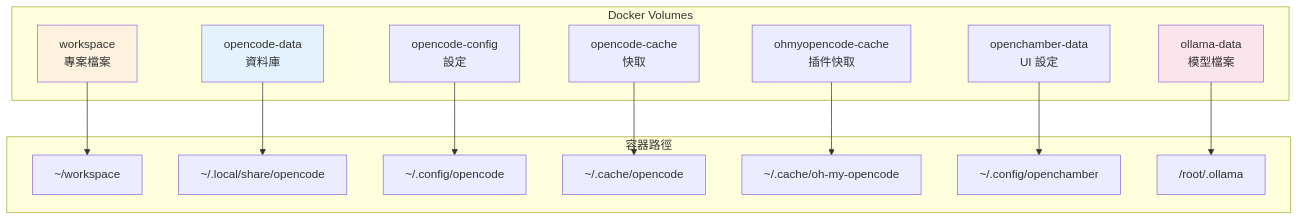
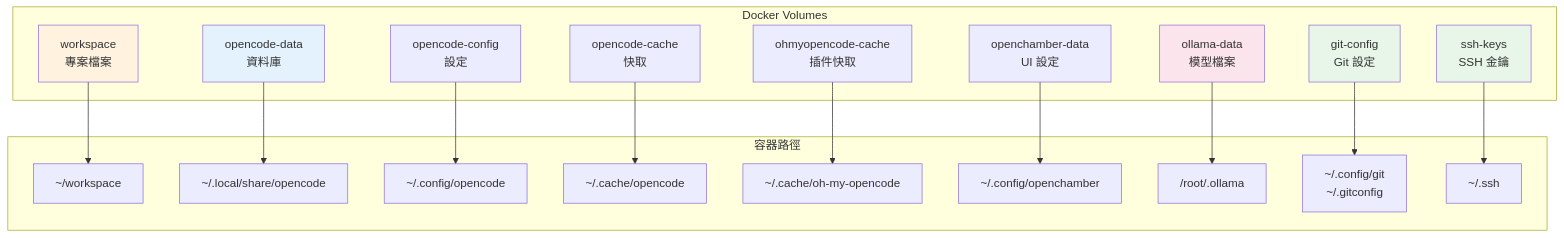
The ninth of 12 diagrams in docs/ARCHITECTURE.md (tryweb/ai-engkit), drawn with Mermaid before and after one commit. The commit also changed other lines of this file and 1 other file, not shown here.

First line of the commit message:
docs: update architecture and troubleshooting docs for v0.5.0

````diff
--- a/docs/ARCHITECTURE.md
+++ b/docs/ARCHITECTURE.md
@@ -278,34 +279,42 @@
 ```mermaid
 graph TB
     subgraph "Docker Volumes"
         VOL_WS["workspace<br/>專案檔案"]
         VOL_DATA["opencode-data<br/>資料庫"]
         VOL_CONFIG["opencode-config<br/>設定"]
         VOL_CACHE["opencode-cache<br/>快取"]
         VOL_OHMY["ohmyopencode-cache<br/>插件快取"]
         VOL_CHAMBER["openchamber-data<br/>UI 設定"]
         VOL_OLLAMA["ollama-data<br/>模型檔案"]
+        VOL_GIT["git-config<br/>Git 設定"]
+        VOL_SSH["ssh-keys<br/>SSH 金鑰"]
     end
 
     subgraph "容器路徑"
         C_WS["~/workspace"]
         C_DATA["~/.local/share/opencode"]
         C_CONFIG["~/.config/opencode"]
         C_CACHE["~/.cache/opencode"]
         C_OHMY["~/.cache/oh-my-opencode"]
         C_CHAMBER["~/.config/openchamber"]
         O_OLLAMA["/root/.ollama"]
+        C_GIT["~/.config/git<br/>~/.gitconfig"]
+        C_SSH["~/.ssh"]
     end
 
     VOL_WS --> C_WS
     VOL_DATA --> C_DATA
     VOL_CONFIG --> C_CONFIG
     VOL_CACHE --> C_CACHE
     VOL_OHMY --> C_OHMY
     VOL_CHAMBER --> C_CHAMBER
     VOL_OLLAMA --> O_OLLAMA
+    VOL_GIT --> C_GIT
+    VOL_SSH --> C_SSH
 
     style VOL_WS fill:#fff3e0
     style VOL_DATA fill:#e3f2fd
     style VOL_OLLAMA fill:#fce4ec
+    style VOL_GIT fill:#e8f5e9
+    style VOL_SSH fill:#e8f5e9
 ```
````
